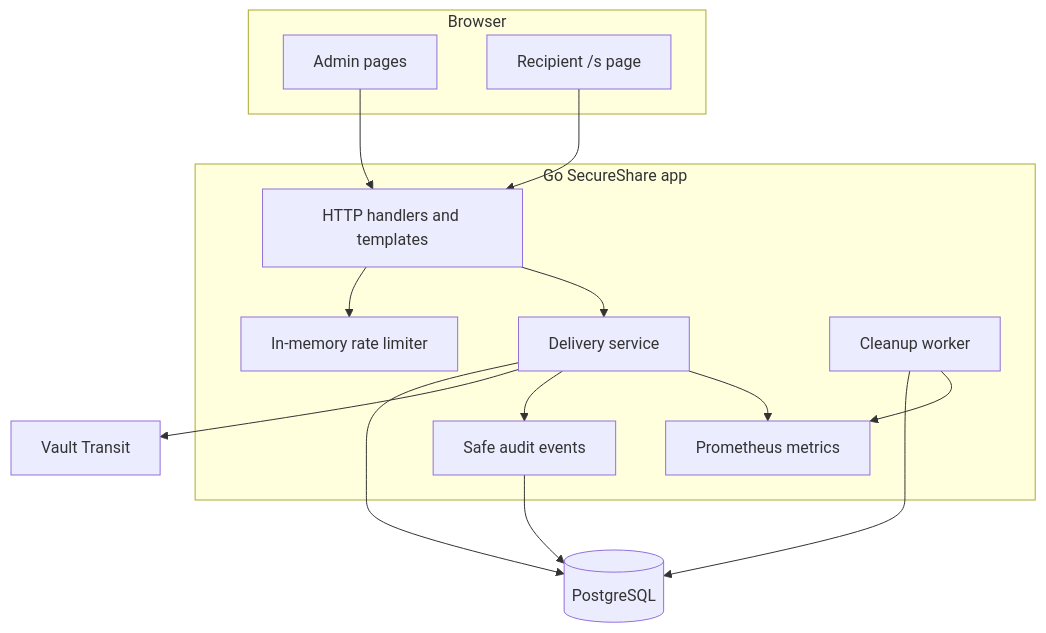
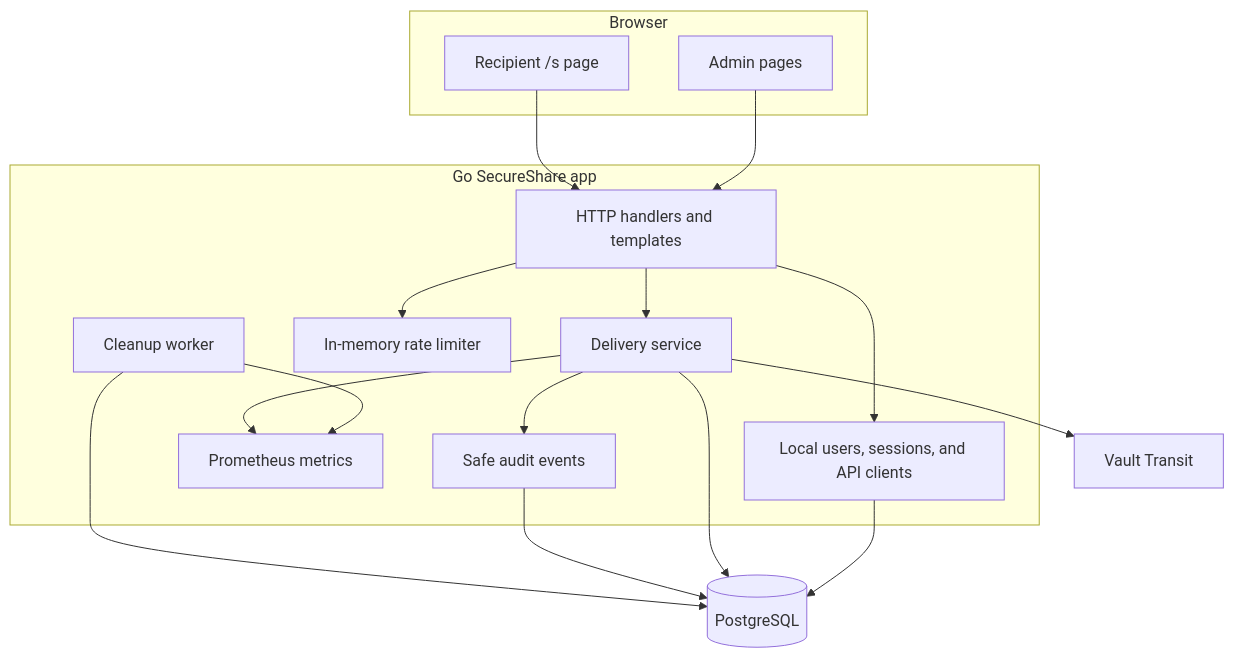
One commit to Operalith/secureshare changed the first of 4 diagrams in ARCHITECTURE.md. Above: the diagram before and after it, drawn with Mermaid. The commit also changed other lines of this file and 6 other files, not shown here.

````diff
--- a/ARCHITECTURE.md
+++ b/ARCHITECTURE.md
@@ -5,29 +5,32 @@
 ```mermaid
 flowchart TB
   subgraph Browser
     A["Admin pages"]
     R["Recipient /s page"]
   end
   subgraph App["Go SecureShare app"]
     H["HTTP handlers and templates"]
+    ID["Local users, sessions, and API clients"]
     S["Delivery service"]
     L["In-memory rate limiter"]
     C["Cleanup worker"]
     M["Prometheus metrics"]
     AU["Safe audit events"]
   end
   DB[("PostgreSQL")]
   V["Vault Transit"]
 
   A --> H
   R --> H
+  H --> ID
   H --> L
   H --> S
+  ID --> DB
   S --> DB
   S --> V
   S --> AU
   AU --> DB
   C --> DB
   C --> M
   S --> M
 ```
````
